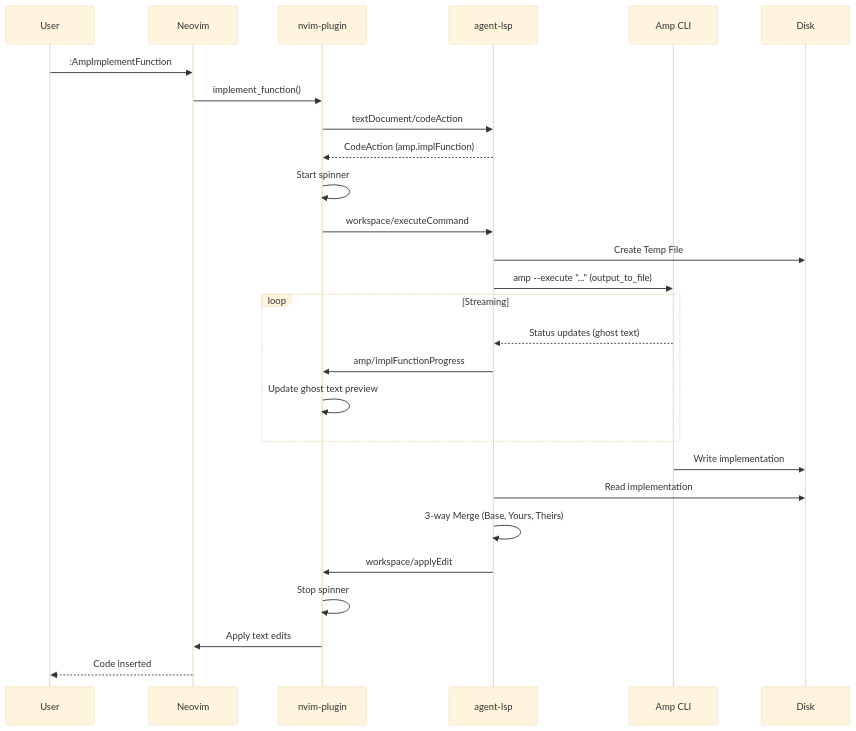
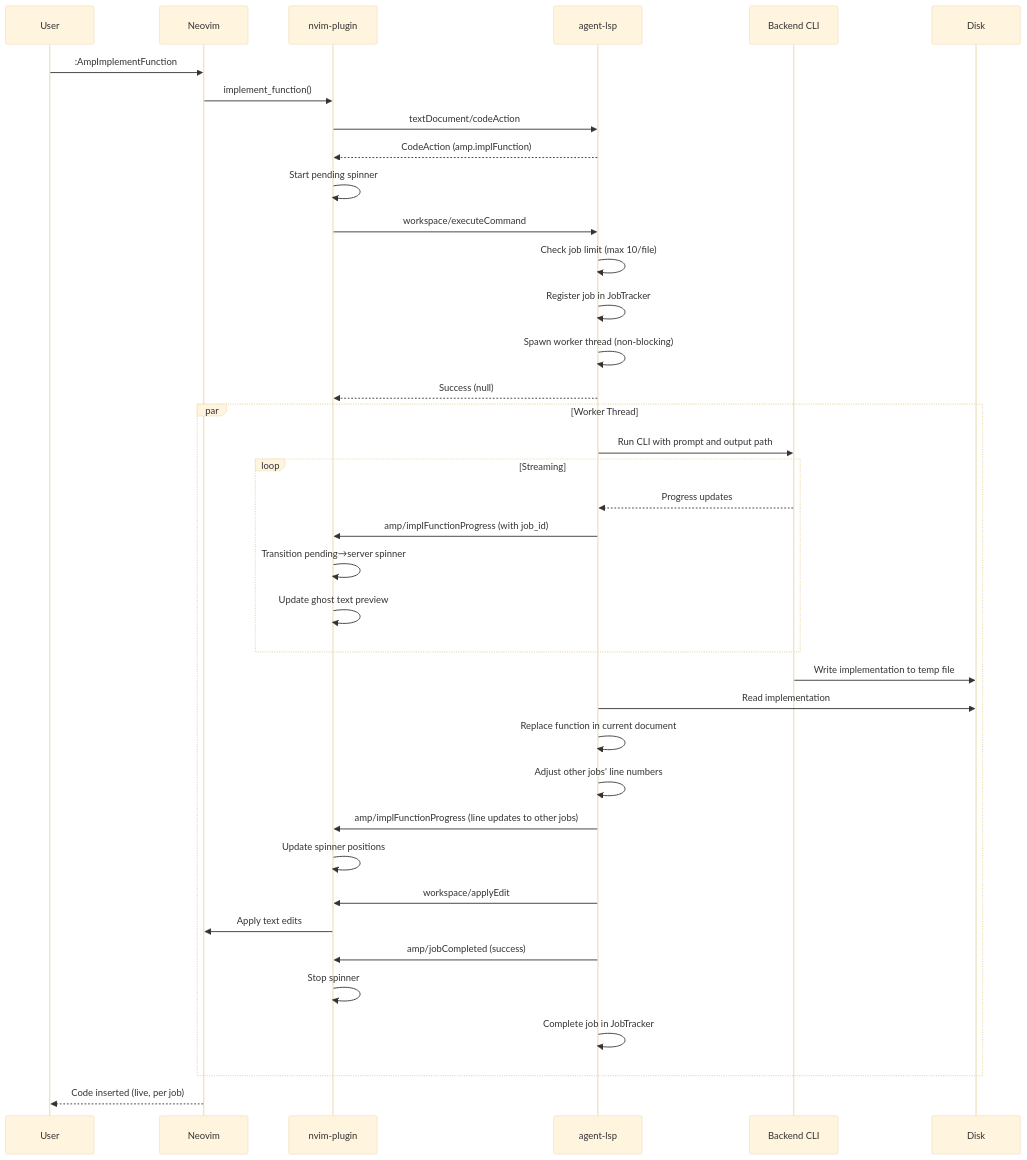
Before and after one commit to yuvaldolev/agent.nvim: the first of 2 diagrams in README.md, drawn with Mermaid (base theme). The commit also changed other lines of this file and 17 other files, not shown here.

````diff
--- a/README.md
+++ b/README.md
@@ -122,29 +202,42 @@
 ```mermaid
 sequenceDiagram
     participant User
     participant Neovim
     participant Plugin as nvim-plugin
     participant LSP as agent-lsp
-    participant Amp as Amp CLI
+    participant Backend as Backend CLI
 
     User->>Neovim: :AmpImplementFunction
     Neovim->>Plugin: implement_function()
     Plugin->>LSP: textDocument/codeAction
     LSP-->>Plugin: CodeAction (amp.implFunction)
-    Plugin->>Plugin: Start spinner
+    Plugin->>Plugin: Start pending spinner
     Plugin->>LSP: workspace/executeCommand
-    LSP->>Disk: Create Temp File
-    LSP->>Amp: amp --execute "..." (output_to_file)
-    loop Streaming
-        Amp-->>LSP: Status updates (ghost text)
-        LSP->>Plugin: amp/implFunctionProgress
-        Plugin->>Plugin: Update ghost text preview
+    LSP->>LSP: Check job limit (max 10/file)
+    LSP->>LSP: Register job in JobTracker
+    LSP->>LSP: Spawn worker thread (non-blocking)
+    LSP-->>Plugin: Success (null)
+    
+    par Worker Thread
+        LSP->>Backend: Run CLI with prompt and output path
+        loop Streaming
+            Backend-->>LSP: Progress updates
+            LSP->>Plugin: amp/implFunctionProgress (with job_id)
+            Plugin->>Plugin: Transition pending→server spinner
+            Plugin->>Plugin: Update ghost text preview
+        end
+        Backend->>Disk: Write implementation to temp file
+        LSP->>Disk: Read implementation
+        LSP->>LSP: Replace function in current document
+        LSP->>LSP: Adjust other jobs' line numbers
+        LSP->>Plugin: amp/implFunctionProgress (line updates to other jobs)
+        Plugin->>Plugin: Update spinner positions
+        LSP->>Plugin: workspace/applyEdit
+        Plugin->>Neovim: Apply text edits
+        LSP->>Plugin: amp/jobCompleted (success)
+        Plugin->>Plugin: Stop spinner
+        LSP->>LSP: Complete job in JobTracker
     end
-    Amp->>Disk: Write implementation
-    LSP->>Disk: Read implementation
-    LSP->>LSP: 3-way Merge (Base, Yours, Theirs)
-    LSP->>Plugin: workspace/applyEdit
-    Plugin->>Plugin: Stop spinner
-    Plugin->>Neovim: Apply text edits
-    Neovim-->>User: Code inserted
+    
+    Neovim-->>User: Code inserted (live, per job)
 ```
````
